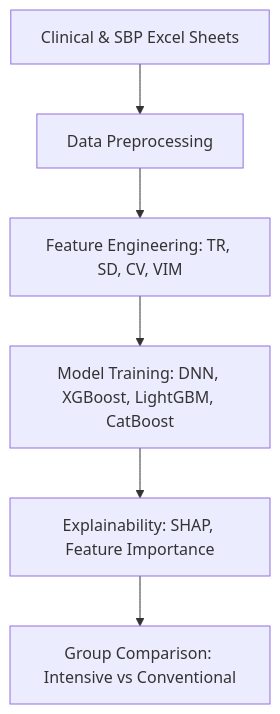
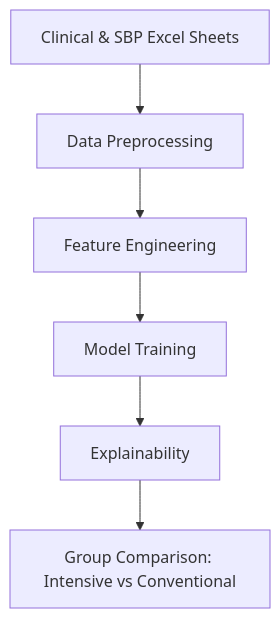
Before and after one commit to rrimyyu/OPTIMAL_BP_AI: the diagram in README.md, drawn with Mermaid. The commit also changed other lines of this file, not shown here.

````diff
--- a/README.md
+++ b/README.md
@@ -10,8 +10,8 @@
 ```mermaid
 graph TD
 A[Clinical & SBP Excel Sheets] --> B[Data Preprocessing]
-B --> C[Feature Engineering: TR, SD, CV, VIM]
-C --> D[Model Training: DNN, XGBoost, LightGBM, CatBoost]
-D --> E[Explainability: SHAP, Feature Importance]
+B --> C[Feature Engineering]
+C --> D[Model Training]
+D --> E[Explainability]
 E --> F[Group Comparison: Intensive vs Conventional]
 ```
````
